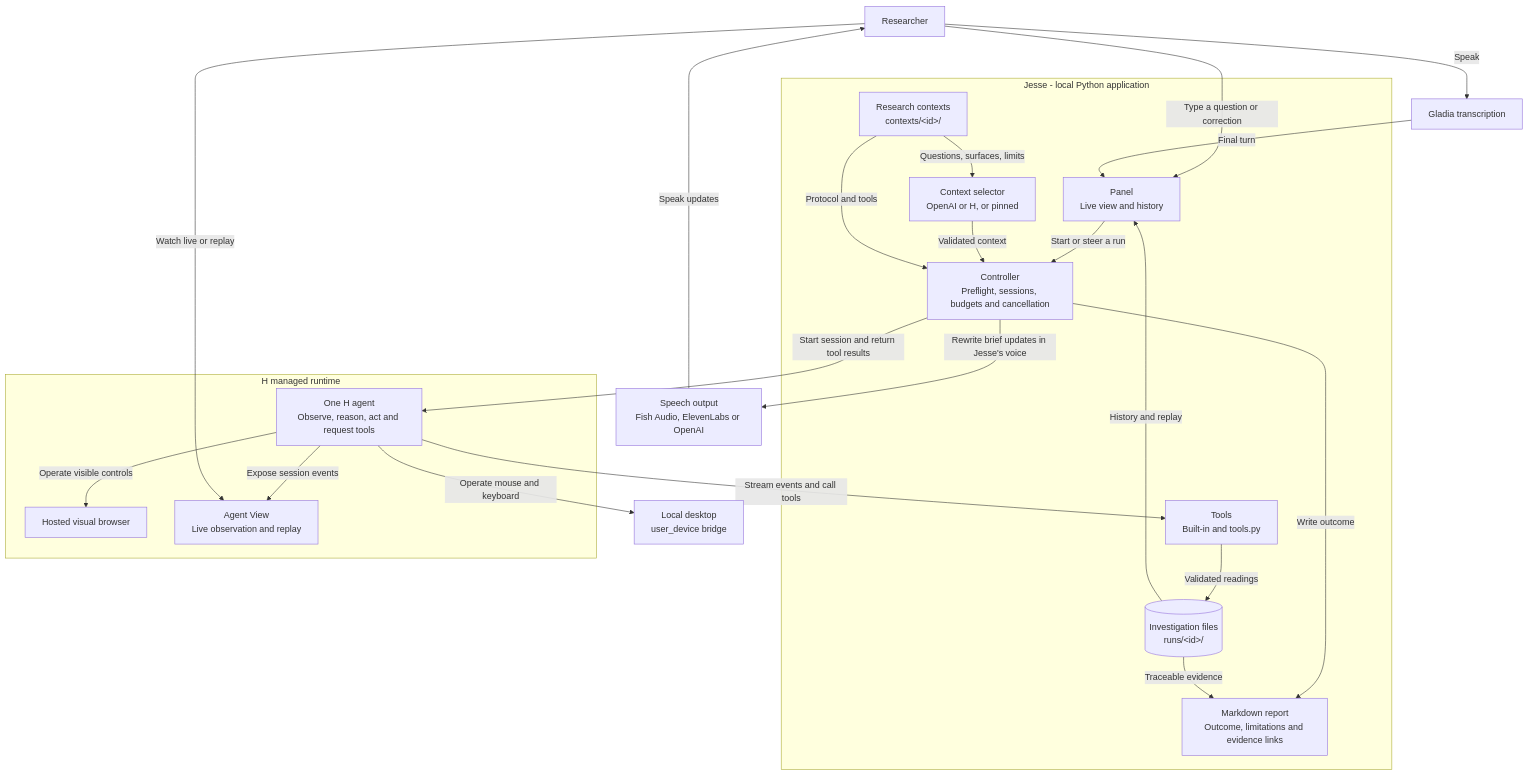
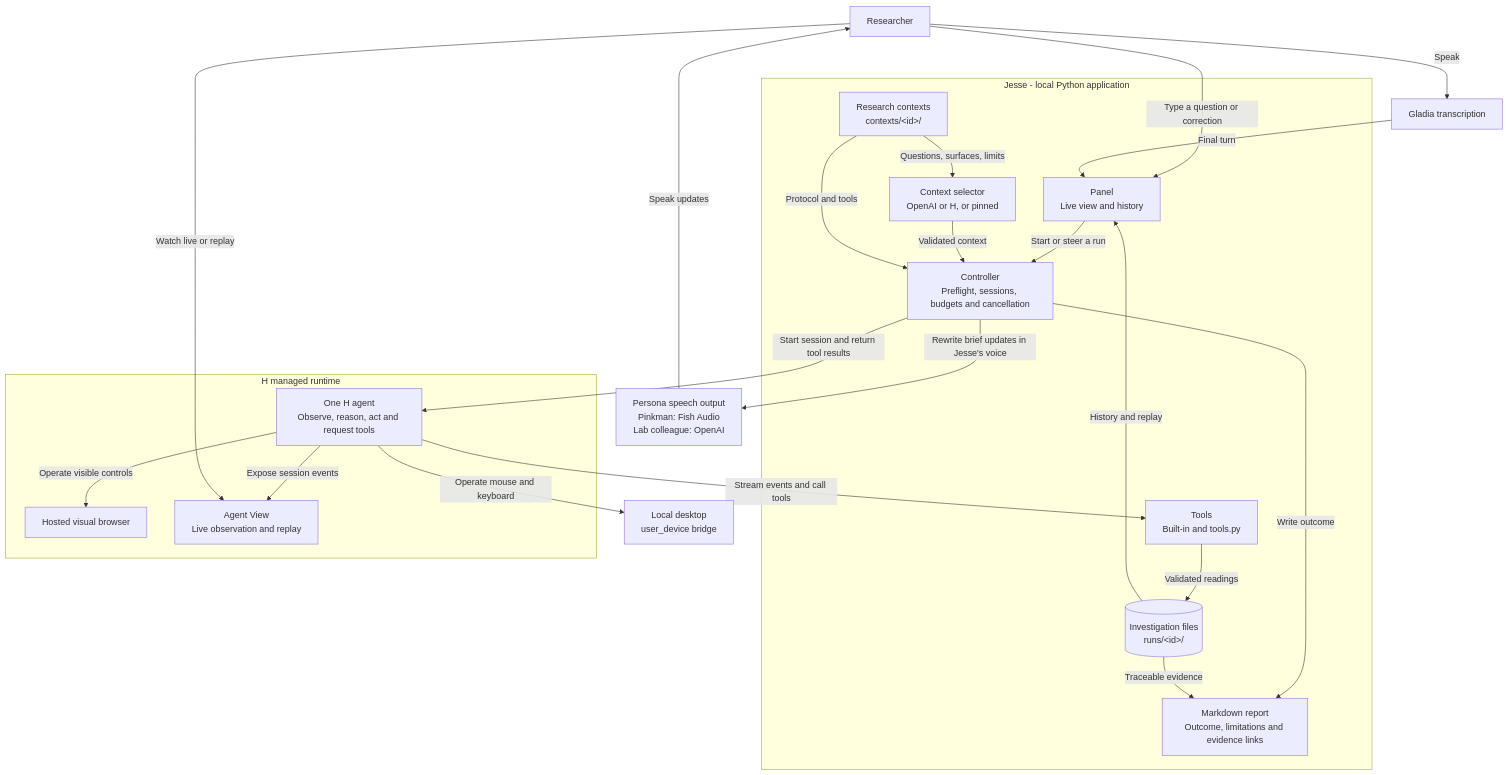
The diagram in AGENT.md (dirdr/Jesse), drawn with Mermaid before and after one commit. The commit also changed other lines of this file and 53 other files, not shown here.

````diff
--- a/AGENT.md
+++ b/AGENT.md
@@ -57,44 +57,44 @@
 ```mermaid
 flowchart TB
     U["Researcher"]
     G["Gladia transcription"]
-    T["Speech output<br/>Fish Audio, ElevenLabs or OpenAI"]
+    T["Persona speech output<br/>Pinkman: Fish Audio<br/>Lab colleague: OpenAI"]
 
     subgraph LOCAL["Jesse - local Python application"]
         X["Research contexts<br/>contexts/&lt;id&gt;/"]
         P["Context selector<br/>OpenAI or H, or pinned"]
         C["Controller<br/>Preflight, sessions, budgets and cancellation"]
         K["Tools<br/>Built-in and tools.py"]
         F[("Investigation files<br/>runs/&lt;id&gt;/")]
         O["Markdown report<br/>Outcome, limitations and evidence links"]
         Y["Panel<br/>Live view and history"]
     end
 
     subgraph HAPI["H managed runtime"]
         H["One H agent<br/>Observe, reason, act and request tools"]
         W["Hosted visual browser"]
         V["Agent View<br/>Live observation and replay"]
     end
 
     D["Local desktop<br/>user_device bridge"]
 
     U -->|"Type a question or correction"| Y
     U -->|"Speak"| G
     G -->|"Final turn"| Y
     Y -->|"Start or steer a run"| C
     X -->|"Questions, surfaces, limits"| P
     P -->|"Validated context"| C
     X -->|"Protocol and tools"| C
     C -->|"Start session and return tool results"| H
     H -->|"Stream events and call tools"| K
     K -->|"Validated readings"| F
     H -->|"Operate visible controls"| W
     H -->|"Operate mouse and keyboard"| D
     C -->|"Write outcome"| O
     F -->|"Traceable evidence"| O
     F -->|"History and replay"| Y
     H -->|"Expose session events"| V
     U -->|"Watch live or replay"| V
     C -->|"Rewrite brief updates in Jesse's voice"| T
     T -->|"Speak updates"| U
 ```
````
